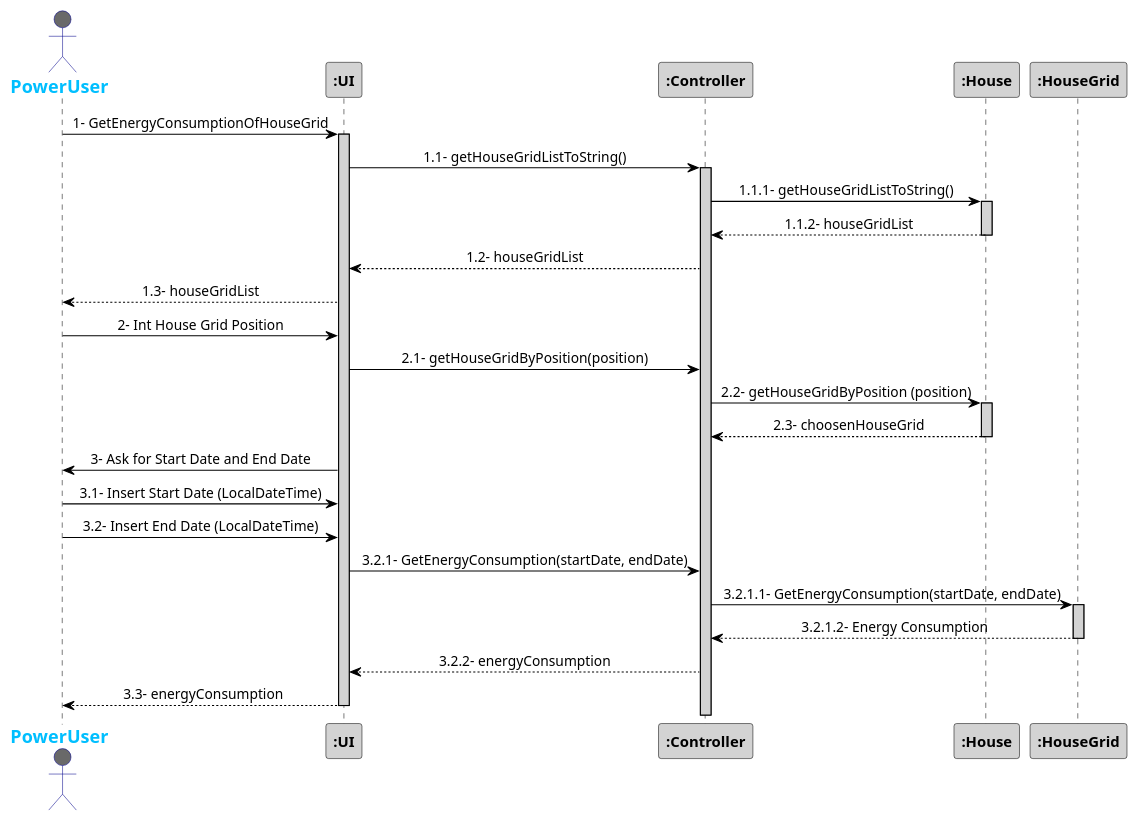
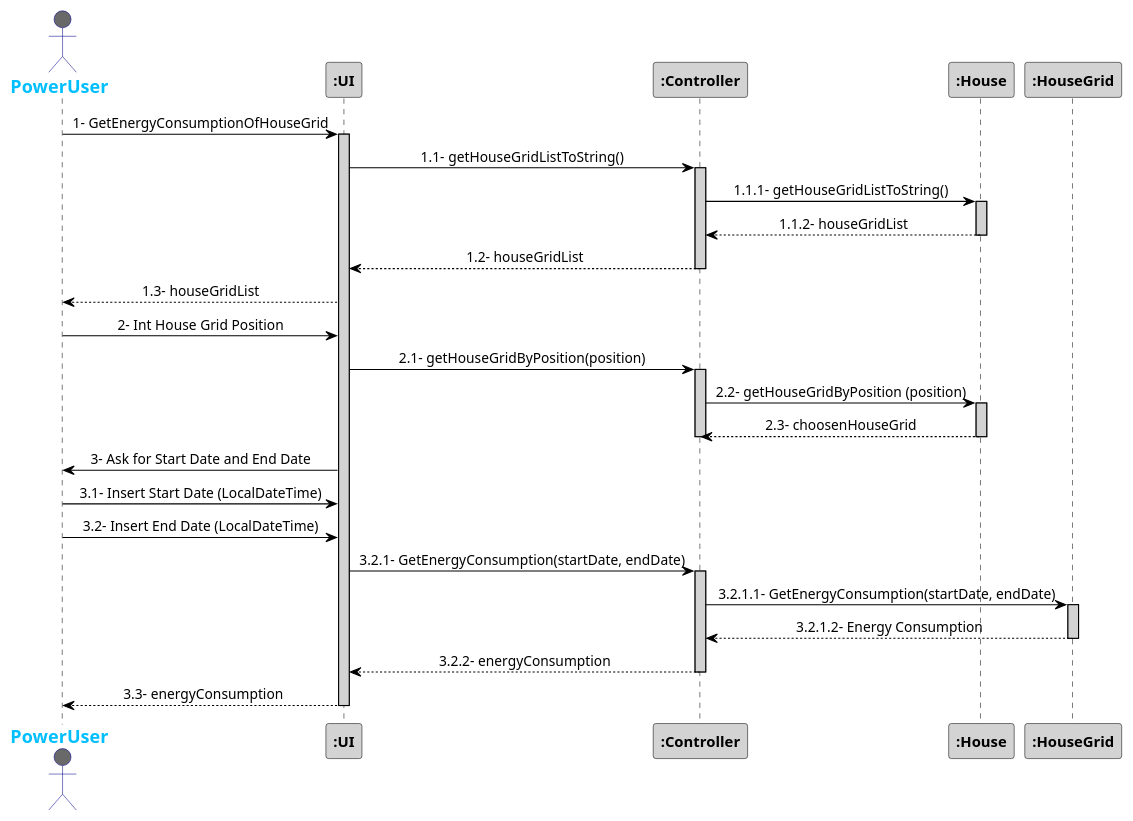
The diagram in src/Docs/Sprint3/GetEnergyConsumptionHouseGridInterval.puml (1181687/hateoasToy), drawn with PlantUML before and after one commit. The commit also changed 1 other file, not shown here.

Commit message:
Changes on sequence diagrams DeleteDeviceFromRoom and GetEneryConsumptionHouseGridInterval

```diff
--- a/src/Docs/Sprint3/GetEnergyConsumptionHouseGridInterval.puml
+++ b/src/Docs/Sprint3/GetEnergyConsumptionHouseGridInterval.puml
@@ -1,52 +1,57 @@
 @startuml
 skinparam sequenceMessageAlign center
 skinparam sequence {
 	ArrowColor Black
 	ActorBorderColor DarkBlue
 	LifeLineBorderColor black
 	LifeLineBackgroundColor LightGrey
 
 	ParticipantBorderColor Black
 	ParticipantBackgroundColor LightGrey
 	ParticipantFontStyle Bold
 
 	ActorBackgroundColor DimGrey
 	ActorFontColor DeepSkyBlue
 	ActorFontStyle Bold
 	ActorFontSize 17
 	ActorFontName Aapex
 }
 
 actor PowerUser
 PowerUser -> ":UI": 1- GetEnergyConsumptionOfHouseGrid
 activate ":UI"
 ":UI" -> ":Controller": 1.1- getHouseGridListToString()
 activate ":Controller"
 ":Controller" -> ":House": 1.1.1- getHouseGridListToString()
 activate ":House"
 ":Controller" <-- ":House": 1.1.2- houseGridList
 deactivate ":House"
 ":UI" <-- ":Controller": 1.2- houseGridList
+deactivate ":Controller"
 PowerUser <-- ":UI": 1.3- houseGridList
 
 PowerUser -> ":UI": 2- Int House Grid Position
 ":UI" -> ":Controller": 2.1- getHouseGridByPosition(position)
+activate ":Controller"
 ":Controller" -> ":House": 2.2- getHouseGridByPosition (position)
 activate ":House"
 ":Controller" <-- ":House": 2.3- choosenHouseGrid
+deactivate ":Controller"
 deactivate ":House"
 
 PowerUser <- ":UI": 3- Ask for Start Date and End Date
 
 PowerUser -> ":UI": 3.1- Insert Start Date (LocalDateTime)
 PowerUser -> ":UI": 3.2- Insert End Date (LocalDateTime)
 ":UI" -> ":Controller": 3.2.1- GetEnergyConsumption(startDate, endDate)
+activate ":Controller"
 ":Controller" -> ":HouseGrid": 3.2.1.1- GetEnergyConsumption(startDate, endDate)
 activate ":HouseGrid"
 ":Controller" <-- ":HouseGrid": 3.2.1.2- Energy Consumption
 deactivate ":HouseGrid"
 ":UI" <-- ":Controller": 3.2.2- energyConsumption
+deactivate ":Controller"
 PowerUser <-- ":UI": 3.3- energyConsumption
 deactivate ":UI"
 
 @enduml
```
